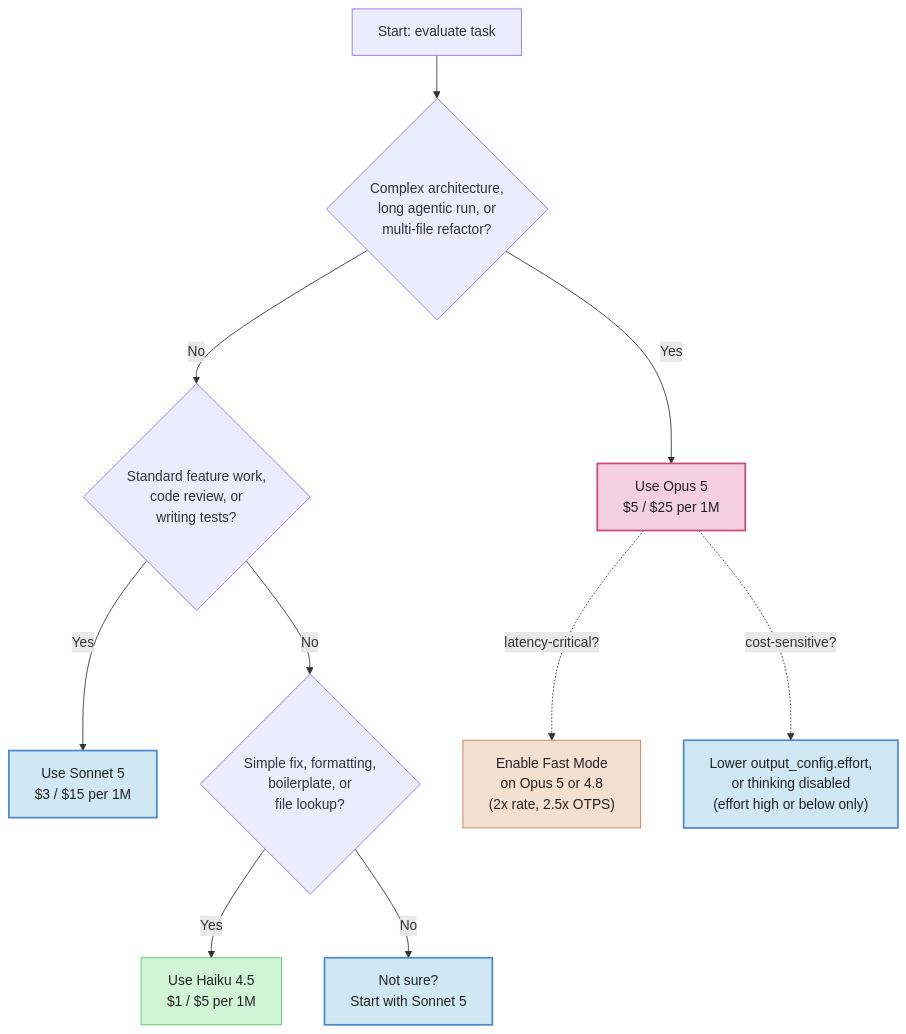
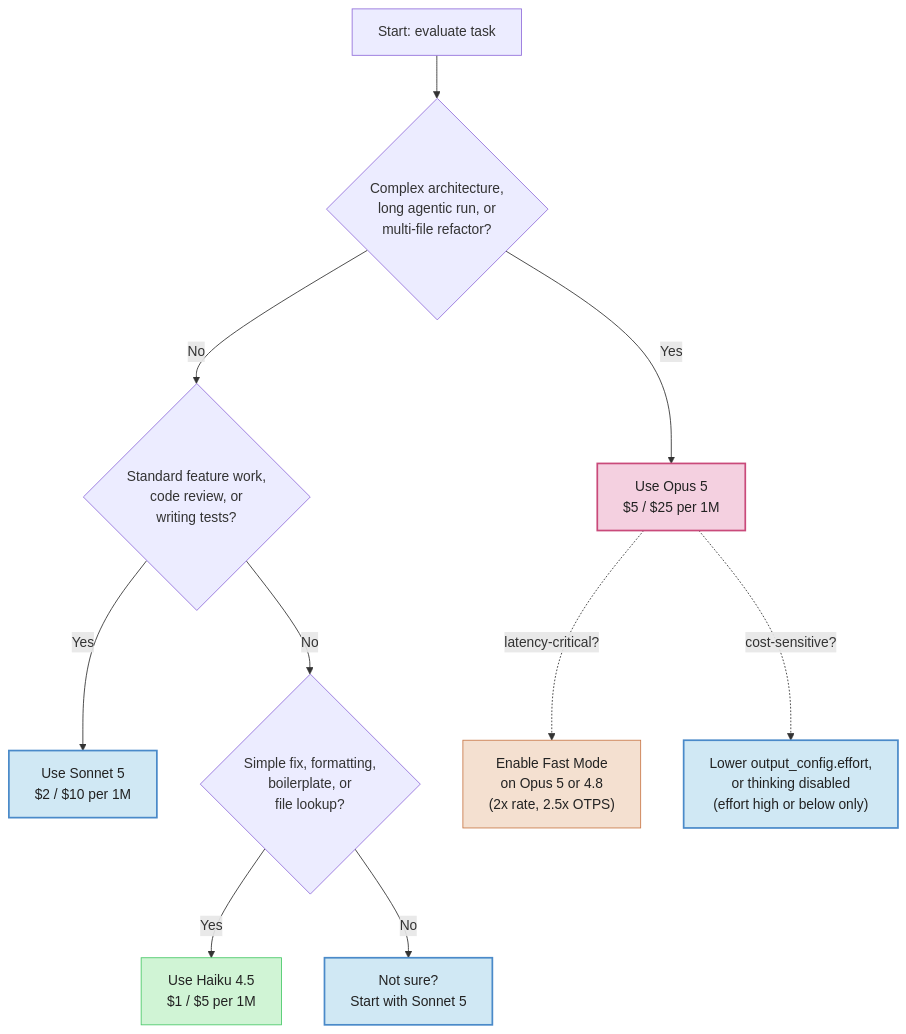
The second of 5 diagrams in guides/diagrams.md (Sagargupta16/claude-cost-optimizer), drawn with Mermaid before and after one commit. The commit also changed other lines of this file and 32 other files, not shown here.

````diff
--- a/guides/diagrams.md
+++ b/guides/diagrams.md
@@ -81,23 +83,23 @@
 ```mermaid
 flowchart TD
     A[Start: evaluate task] --> B{"Complex architecture,<br/>long agentic run, or<br/>multi-file refactor?"}
     B -- Yes --> C["Use Opus 5<br/>$5 / $25 per 1M"]
     B -- No --> D{"Standard feature work,<br/>code review, or<br/>writing tests?"}
-    D -- Yes --> E["Use Sonnet 5<br/>$3 / $15 per 1M"]
+    D -- Yes --> E["Use Sonnet 5<br/>$2 / $10 per 1M"]
     D -- No --> F{"Simple fix, formatting,<br/>boilerplate, or<br/>file lookup?"}
     F -- Yes --> G["Use Haiku 4.5<br/>$1 / $5 per 1M"]
     F -- No --> H["Not sure?<br/>Start with Sonnet 5"]
 
     C -. "latency-critical?" .-> C2["Enable Fast Mode<br/>on Opus 5 or 4.8<br/>(2x rate, 2.5x OTPS)"]
     C -. "cost-sensitive?" .-> C3["Lower output_config.effort,<br/>or thinking disabled<br/>(effort high or below only)"]
 
     classDef flagship fill:#f4d0e0,stroke:#c94a7a,stroke-width:2px,color:#222
     classDef fast fill:#f4e0d0,stroke:#c97a4a,color:#222
     classDef mid fill:#d0e8f4,stroke:#4a8ac9,stroke-width:2px,color:#222
     classDef low fill:#d0f4d5,stroke:#4ac96a,color:#222
 
     class C flagship
     class C2 fast
     class C3,E,H mid
     class G low
 ```
````
